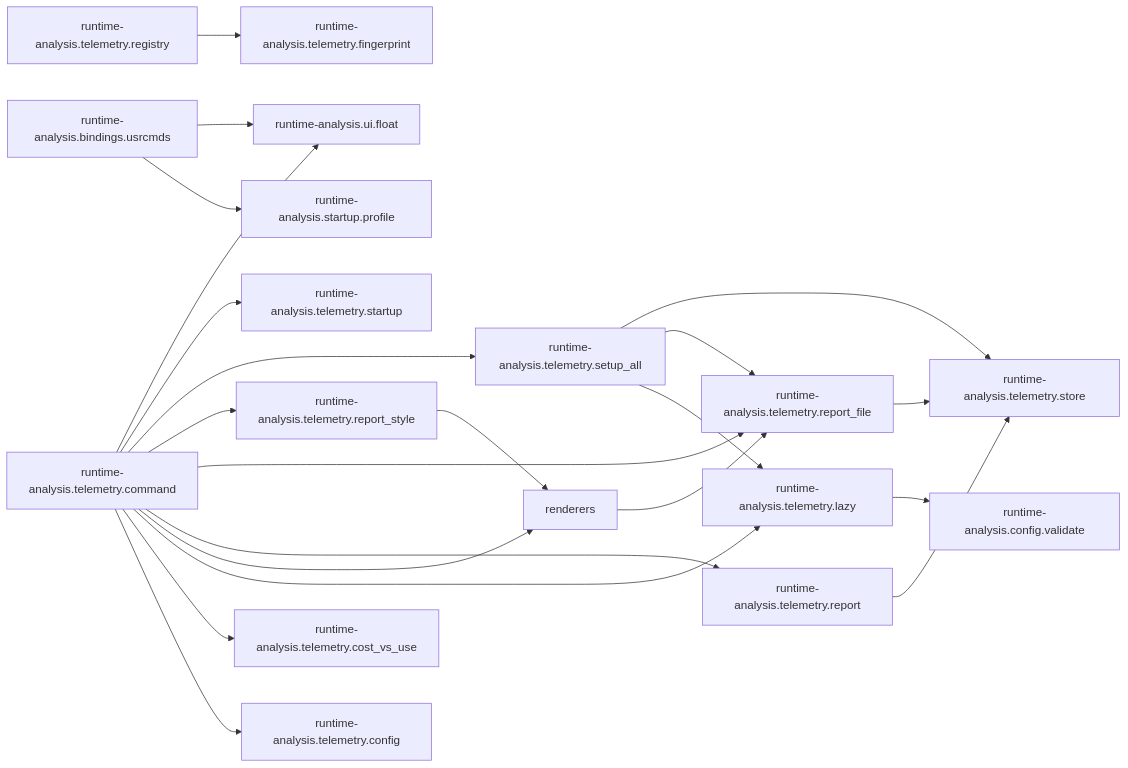
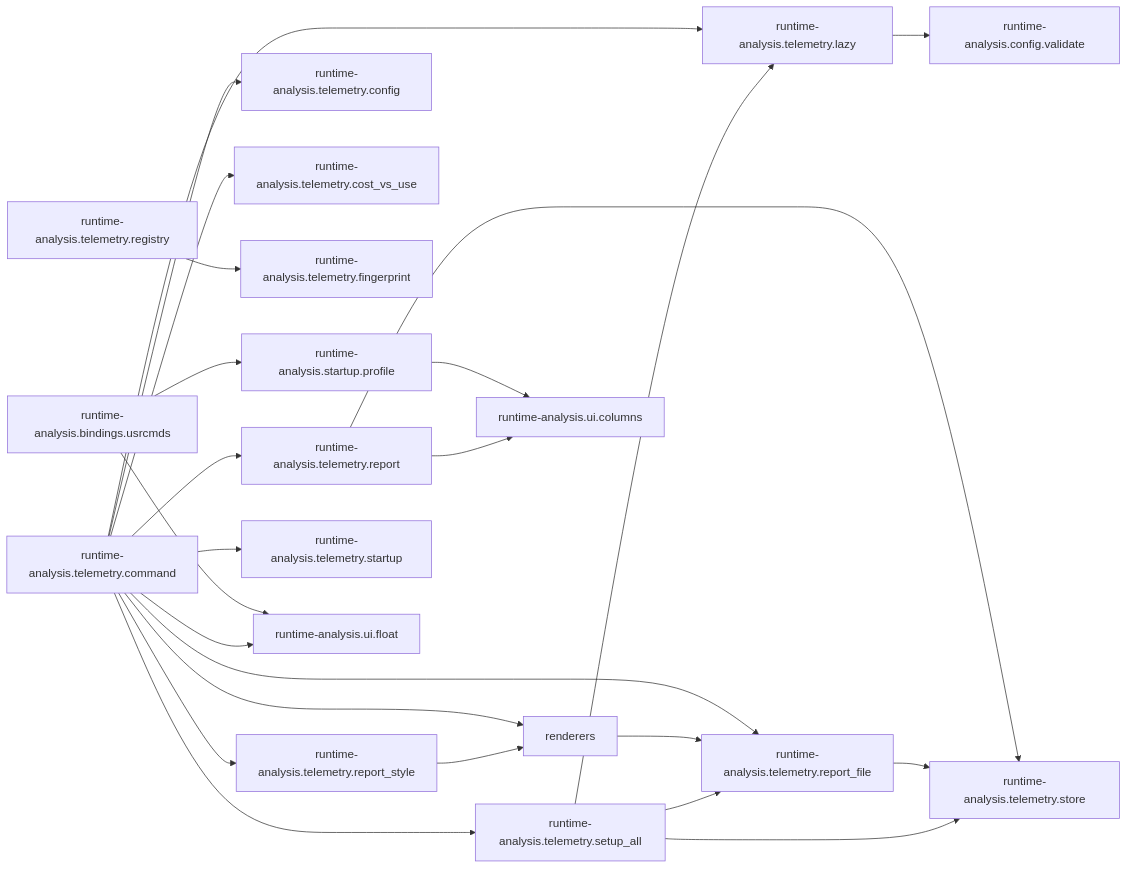
One commit to StefanBartl/runtime-analysis.nvim changed the second of 2 diagrams in docs/map/overview.md. Above: the diagram before and after it, drawn with Mermaid. The commit also changed other lines of this file and 2 other files, not shown here.

Commit message:
docs(map): regenerate module map [skip ci]

````diff
--- a/docs/map/overview.md
+++ b/docs/map/overview.md
@@ -38,41 +38,44 @@
 ```mermaid
 flowchart LR
   nlua_runtime_analysis_bindings_usrcmds_lua["runtime-analysis.bindings.usrcmds"]
   nlua_runtime_analysis_config_validate_lua["runtime-analysis.config.validate"]
   nlua_runtime_analysis_startup_profile_lua["runtime-analysis.startup.profile"]
   nlua_runtime_analysis_telemetry_command_lua["runtime-analysis.telemetry.command"]
   nlua_runtime_analysis_telemetry_config_lua["runtime-analysis.telemetry.config"]
   nlua_runtime_analysis_telemetry_cost_vs_use_lua["runtime-analysis.telemetry.cost_vs_use"]
   nlua_runtime_analysis_telemetry_fingerprint_lua["runtime-analysis.telemetry.fingerprint"]
   nlua_runtime_analysis_telemetry_lazy_lua["runtime-analysis.telemetry.lazy"]
   nlua_runtime_analysis_telemetry_registry_lua["runtime-analysis.telemetry.registry"]
   nlua_runtime_analysis_telemetry_renderers["renderers"]
   nlua_runtime_analysis_telemetry_report_lua["runtime-analysis.telemetry.report"]
   nlua_runtime_analysis_telemetry_report_file_lua["runtime-analysis.telemetry.report_file"]
   nlua_runtime_analysis_telemetry_report_style_lua["runtime-analysis.telemetry.report_style"]
   nlua_runtime_analysis_telemetry_setup_all_lua["runtime-analysis.telemetry.setup_all"]
   nlua_runtime_analysis_telemetry_startup_lua["runtime-analysis.telemetry.startup"]
   nlua_runtime_analysis_telemetry_store_lua["runtime-analysis.telemetry.store"]
+  nlua_runtime_analysis_ui_columns_lua["runtime-analysis.ui.columns"]
   nlua_runtime_analysis_ui_float_lua["runtime-analysis.ui.float"]
   nlua_runtime_analysis_bindings_usrcmds_lua --> nlua_runtime_analysis_startup_profile_lua
   nlua_runtime_analysis_bindings_usrcmds_lua --> nlua_runtime_analysis_ui_float_lua
+  nlua_runtime_analysis_startup_profile_lua --> nlua_runtime_analysis_ui_columns_lua
   nlua_runtime_analysis_telemetry_command_lua --> nlua_runtime_analysis_telemetry_config_lua
   nlua_runtime_analysis_telemetry_command_lua --> nlua_runtime_analysis_telemetry_cost_vs_use_lua
   nlua_runtime_analysis_telemetry_command_lua --> nlua_runtime_analysis_telemetry_lazy_lua
   nlua_runtime_analysis_telemetry_command_lua --> nlua_runtime_analysis_telemetry_renderers
   nlua_runtime_analysis_telemetry_command_lua --> nlua_runtime_analysis_telemetry_report_lua
   nlua_runtime_analysis_telemetry_command_lua --> nlua_runtime_analysis_telemetry_report_file_lua
   nlua_runtime_analysis_telemetry_command_lua --> nlua_runtime_analysis_telemetry_report_style_lua
   nlua_runtime_analysis_telemetry_command_lua --> nlua_runtime_analysis_telemetry_setup_all_lua
   nlua_runtime_analysis_telemetry_command_lua --> nlua_runtime_analysis_telemetry_startup_lua
   nlua_runtime_analysis_telemetry_command_lua --> nlua_runtime_analysis_ui_float_lua
   nlua_runtime_analysis_telemetry_lazy_lua --> nlua_runtime_analysis_config_validate_lua
   nlua_runtime_analysis_telemetry_registry_lua --> nlua_runtime_analysis_telemetry_fingerprint_lua
   nlua_runtime_analysis_telemetry_renderers --> nlua_runtime_analysis_telemetry_report_file_lua
   nlua_runtime_analysis_telemetry_report_lua --> nlua_runtime_analysis_telemetry_store_lua
+  nlua_runtime_analysis_telemetry_report_lua --> nlua_runtime_analysis_ui_columns_lua
   nlua_runtime_analysis_telemetry_report_file_lua --> nlua_runtime_analysis_telemetry_store_lua
   nlua_runtime_analysis_telemetry_report_style_lua --> nlua_runtime_analysis_telemetry_renderers
   nlua_runtime_analysis_telemetry_setup_all_lua --> nlua_runtime_analysis_telemetry_lazy_lua
   nlua_runtime_analysis_telemetry_setup_all_lua --> nlua_runtime_analysis_telemetry_report_file_lua
   nlua_runtime_analysis_telemetry_setup_all_lua --> nlua_runtime_analysis_telemetry_store_lua
 ```
````
